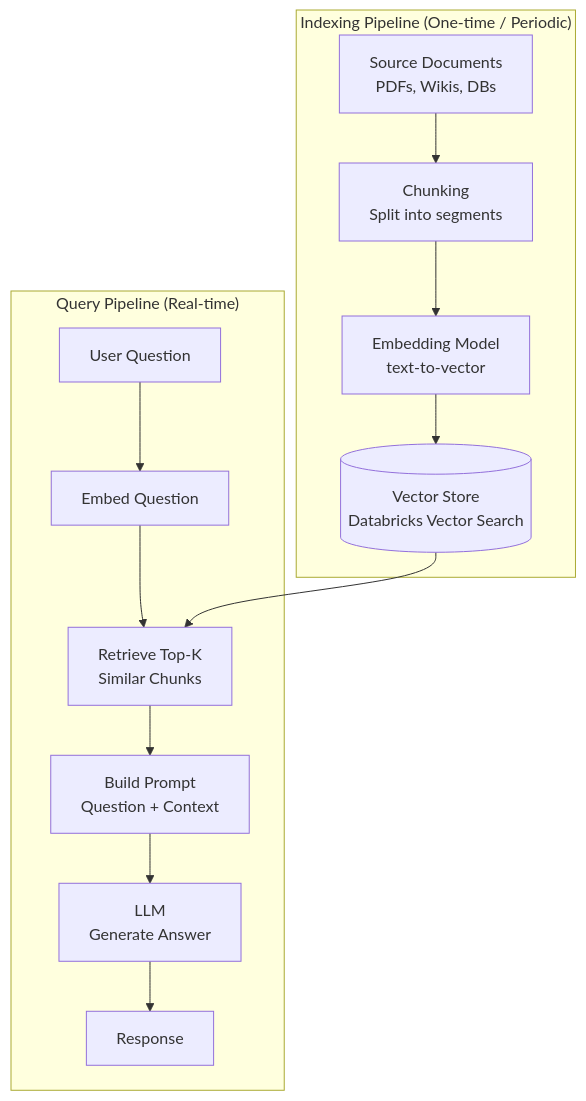
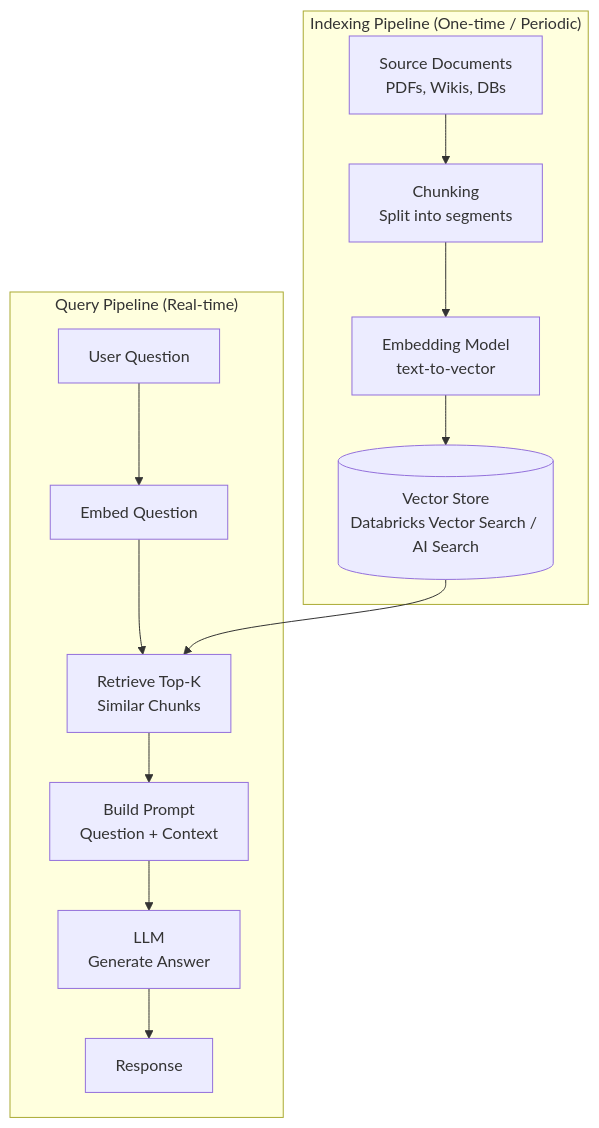
The first of 2 diagrams in shared/fundamentals/rag-vector-search-basics.md (kengio/databricks-certification-study-guide), drawn with Mermaid before and after one commit. The commit also changed other lines of this file and 55 other files, not shown here.

````diff
--- a/shared/fundamentals/rag-vector-search-basics.md
+++ b/shared/fundamentals/rag-vector-search-basics.md
@@ -32,22 +33,22 @@
 ```mermaid
 flowchart TB
     subgraph Indexing["Indexing Pipeline (One-time / Periodic)"]
         Docs[Source Documents<br>PDFs, Wikis, DBs]
         Chunk[Chunking<br>Split into segments]
         Embed[Embedding Model<br>text-to-vector]
-        VectorDB[(Vector Store<br>Databricks Vector Search)]
+        VectorDB[(Vector Store<br>Databricks Vector Search / AI Search)]
         Docs --> Chunk --> Embed --> VectorDB
     end
 
     subgraph Query["Query Pipeline (Real-time)"]
         UserQ[User Question]
         QEmbed[Embed Question]
         Retrieve[Retrieve Top-K<br>Similar Chunks]
         Prompt[Build Prompt<br>Question + Context]
         LLM[LLM<br>Generate Answer]
         Answer[Response]
         UserQ --> QEmbed --> Retrieve --> Prompt --> LLM --> Answer
     end
 
     VectorDB --> Retrieve
 ```
````
